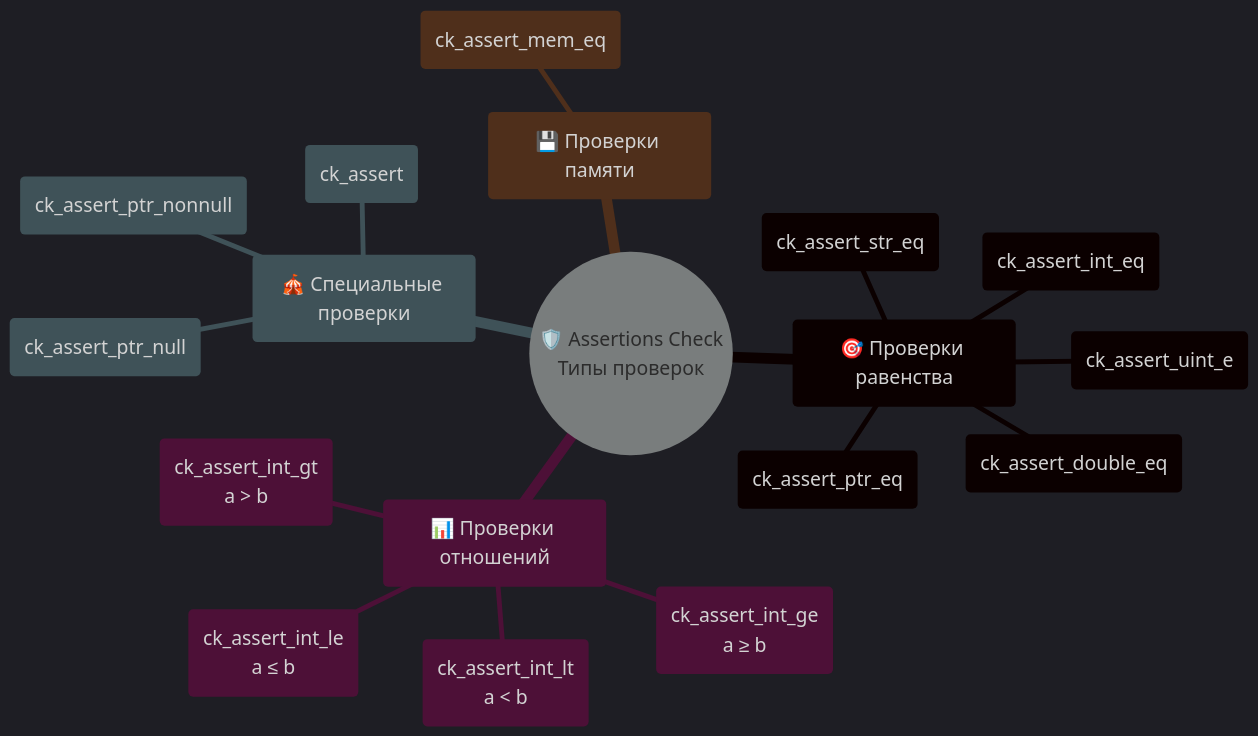
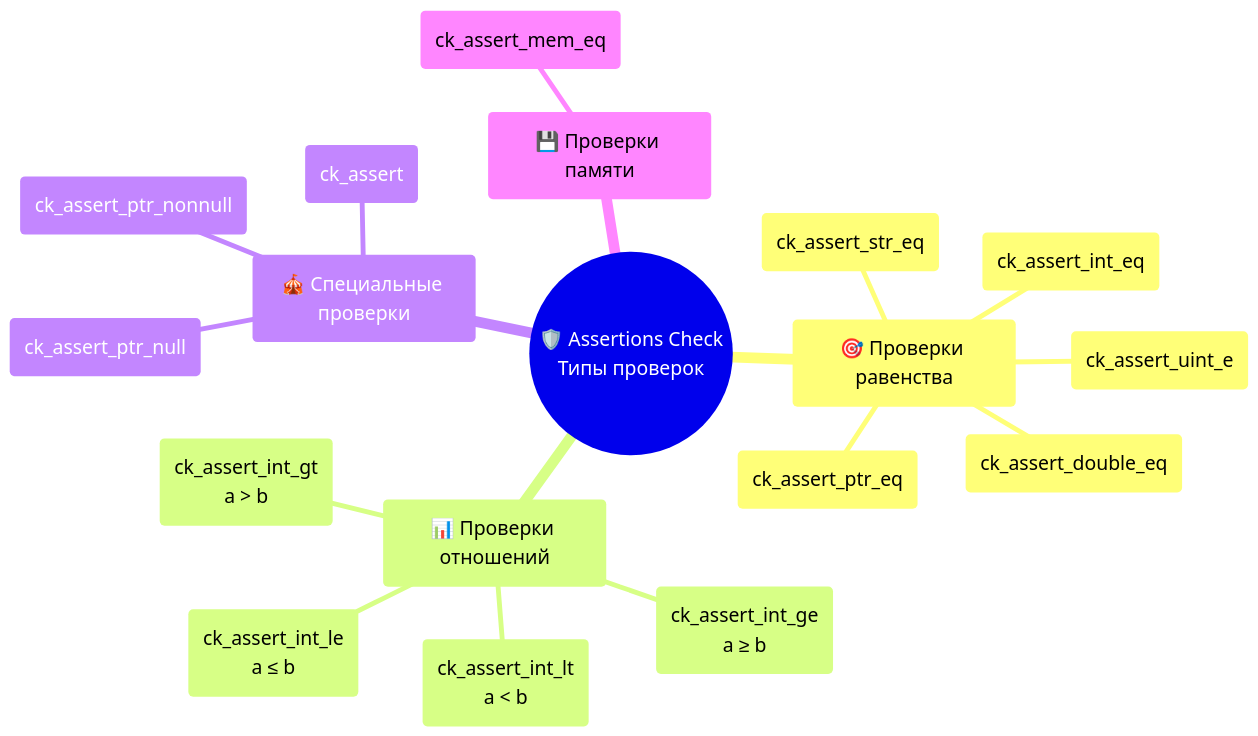
Before and after one commit to IKYTARO/ComputerScienceVault: the second of 3 diagrams in CNotes/Unit_testing.md, drawn with Mermaid.

Commit message:
Try another color theme

````diff
--- a/CNotes/Unit_testing.md
+++ b/CNotes/Unit_testing.md
@@ -81,22 +81,22 @@
 ```mermaid
-%%{init: {'theme': 'dark', 'themeVariables': { 'fontSize': '20px'}}}%%
+%%{init: {'theme': 'default', 'themeVariables': { 'fontSize': '20px'}}}%%
 mindmap
   root((🛡️ Assertions Check <br/> Типы проверок))
     (🎯 Проверки равенства)
       (ck_assert_int_eq)
       (ck_assert_uint_e)
       (ck_assert_str_eq)
       (ck_assert_ptr_eq)
       (ck_assert_double_eq)
     (📊 Проверки отношений)
       (ck_assert_int_lt <br/> a < b)
       (ck_assert_int_le <br/> a ≤ b)
       (ck_assert_int_gt <br/> a > b)
       (ck_assert_int_ge <br/> a ≥ b)
     (🎪 Специальные проверки)
       (ck_assert_ptr_null)
       (ck_assert_ptr_nonnull)
       (ck_assert)
     (💾 Проверки памяти)
       (ck_assert_mem_eq)
 ```
````
